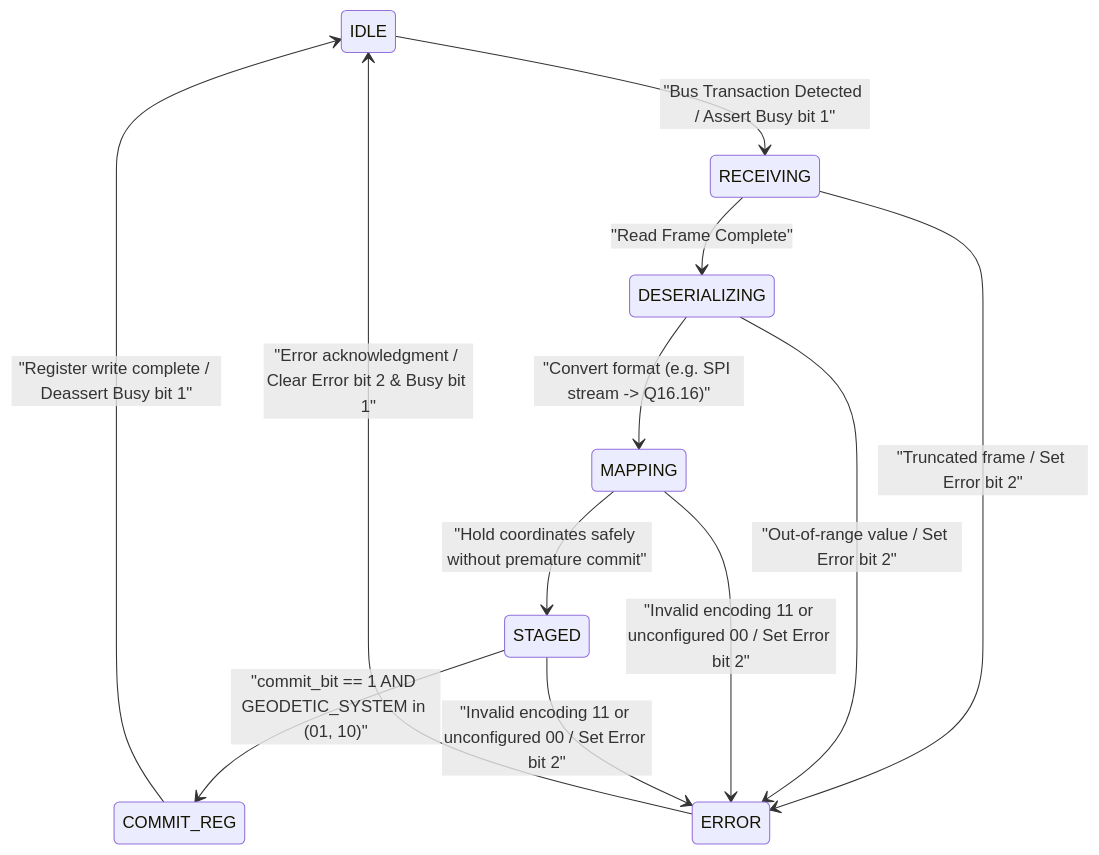
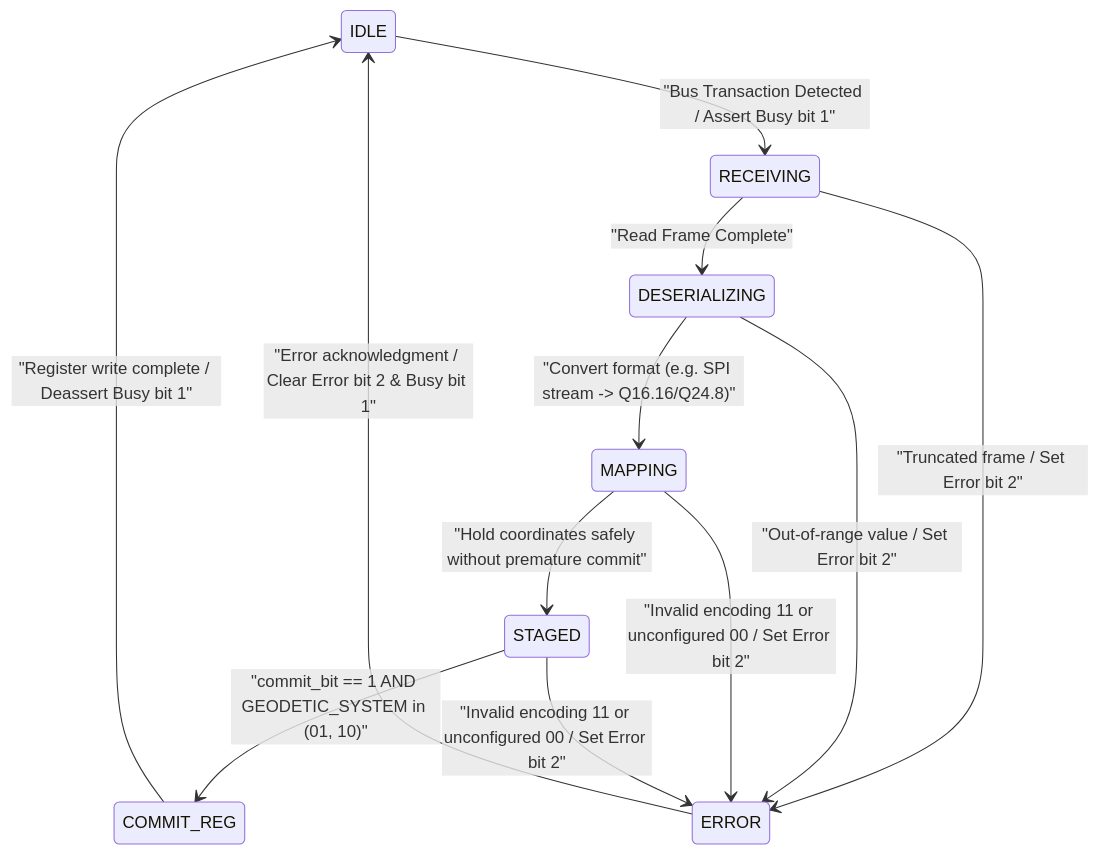
Before and after one commit to gintatkinson/digital-pipeline-repo: the second of 2 diagrams in docs/feat-hardware-decoupled-persistence-design.md, drawn with Mermaid. The commit also changed other lines of this file and 1 other file, not shown here.

````diff
--- a/docs/feat-hardware-decoupled-persistence-design.md
+++ b/docs/feat-hardware-decoupled-persistence-design.md
@@ -87,14 +98,14 @@
 ```mermaid
 stateDiagram-v2
     IDLE --> RECEIVING : "Bus Transaction Detected / Assert Busy bit 1"
     RECEIVING --> DESERIALIZING : "Read Frame Complete"
-    DESERIALIZING --> MAPPING : "Convert format (e.g. SPI stream -> Q16.16)"
+    DESERIALIZING --> MAPPING : "Convert format (e.g. SPI stream -> Q16.16/Q24.8)"
     MAPPING --> STAGED : "Hold coordinates safely without premature commit"
     STAGED --> COMMIT_REG : "commit_bit == 1 AND GEODETIC_SYSTEM in (01, 10)"
     COMMIT_REG --> IDLE : "Register write complete / Deassert Busy bit 1"
     RECEIVING --> ERROR : "Truncated frame / Set Error bit 2"
     DESERIALIZING --> ERROR : "Out-of-range value / Set Error bit 2"
     MAPPING --> ERROR : "Invalid encoding 11 or unconfigured 00 / Set Error bit 2"
     STAGED --> ERROR : "Invalid encoding 11 or unconfigured 00 / Set Error bit 2"
     ERROR --> IDLE : "Error acknowledgment / Clear Error bit 2 & Busy bit 1"
 ```
````
